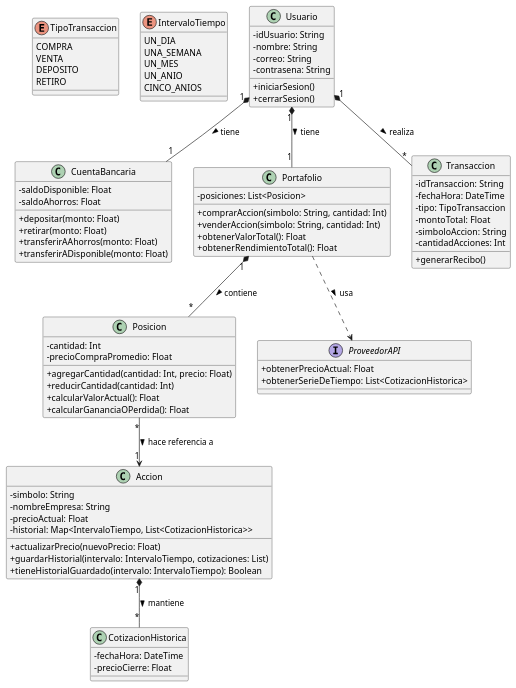
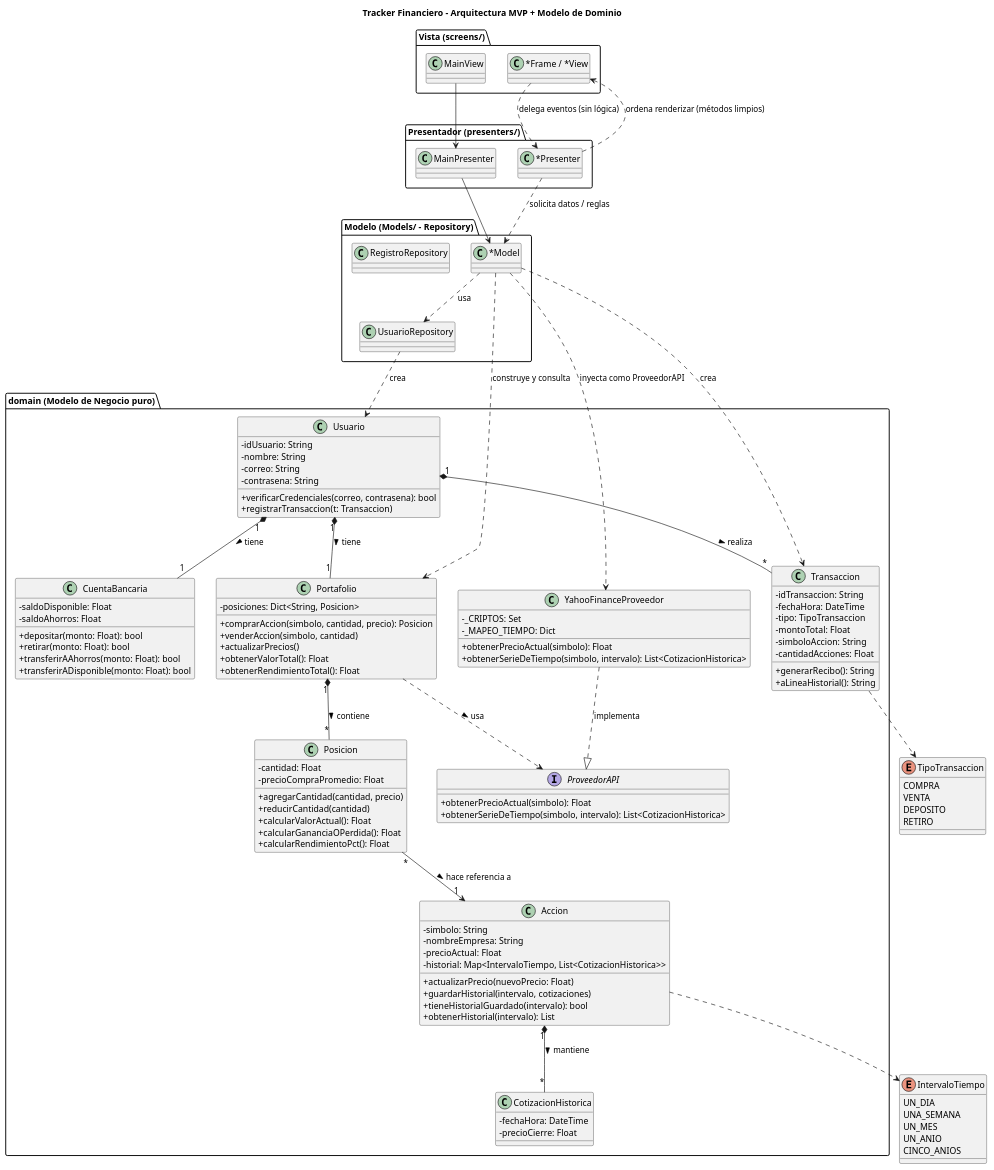
One commit to juliandavidpalacios/proyecto-programacion- changed the diagram in diagram.puml. Above: the diagram before and after it, drawn with PlantUML. The commit also changed 29 other files, not shown here.

First line of the commit message:
Modelo de dominio OO + MVP estricto

```diff
--- a/diagram.puml
+++ b/diagram.puml
@@ -1,94 +1,152 @@
 @startuml
 skinparam classAttributeIconSize 0
+title Tracker Financiero - Arquitectura MVP + Modelo de Dominio
 
+' =====================================================================
+'  ENUMERACIONES
+' =====================================================================
 enum TipoTransaccion {
   COMPRA
   VENTA
   DEPOSITO
   RETIRO
 }
 
 enum IntervaloTiempo {
   UN_DIA
   UNA_SEMANA
   UN_MES
   UN_ANIO
   CINCO_ANIOS
 }
 
-class Usuario {
-  -idUsuario: String
-  -nombre: String
-  -correo: String
-  -contrasena: String
-  +iniciarSesion()
-  +cerrarSesion()
+' =====================================================================
+'  DOMINIO (paquete domain/) - objetos de negocio puros
+' =====================================================================
+package "domain (Modelo de Negocio puro)" {
+
+  class Usuario {
+    -idUsuario: String
+    -nombre: String
+    -correo: String
+    -contrasena: String
+    +verificarCredenciales(correo, contrasena): bool
+    +registrarTransaccion(t: Transaccion)
+  }
+
+  class CuentaBancaria {
+    -saldoDisponible: Float
+    -saldoAhorros: Float
+    +depositar(monto: Float): bool
+    +retirar(monto: Float): bool
+    +transferirAAhorros(monto: Float): bool
+    +transferirADisponible(monto: Float): bool
+  }
+
+  class Portafolio {
+    -posiciones: Dict<String, Posicion>
+    +comprarAccion(simbolo, cantidad, precio): Posicion
+    +venderAccion(simbolo, cantidad)
+    +actualizarPrecios()
+    +obtenerValorTotal(): Float
+    +obtenerRendimientoTotal(): Float
+  }
+
+  class Transaccion {
+    -idTransaccion: String
+    -fechaHora: DateTime
+    -tipo: TipoTransaccion
+    -montoTotal: Float
+    -simboloAccion: String
+    -cantidadAcciones: Float
+    +generarRecibo(): String
+    +aLineaHistorial(): String
+  }
+
+  class Posicion {
+    -cantidad: Float
+    -precioCompraPromedio: Float
+    +agregarCantidad(cantidad, precio)
+    +reducirCantidad(cantidad)
+    +calcularValorActual(): Float
+    +calcularGananciaOPerdida(): Float
+    +calcularRendimientoPct(): Float
+  }
+
+  interface ProveedorAPI {
+    +obtenerPrecioActual(simbolo): Float
+    +obtenerSerieDeTiempo(simbolo, intervalo): List<CotizacionHistorica>
+  }
+
+  class YahooFinanceProveedor {
+    -_CRIPTOS: Set
+    -_MAPEO_TIEMPO: Dict
+    +obtenerPrecioActual(simbolo): Float
+    +obtenerSerieDeTiempo(simbolo, intervalo): List<CotizacionHistorica>
+  }
+
+  class Accion {
+    -simbolo: String
+    -nombreEmpresa: String
+    -precioActual: Float
+    -historial: Map<IntervaloTiempo, List<CotizacionHistorica>>
+    +actualizarPrecio(nuevoPrecio: Float)
+    +guardarHistorial(intervalo, cotizaciones)
+    +tieneHistorialGuardado(intervalo): bool
+    +obtenerHistorial(intervalo): List
+  }
+
+  class CotizacionHistorica {
+    -fechaHora: DateTime
+    -precioCierre: Float
+  }
 }
 
-class CuentaBancaria {
-  -saldoDisponible: Float
-  -saldoAhorros: Float
-  +depositar(monto: Float)
-  +retirar(monto: Float)
-  +transferirAAhorros(monto: Float)
-  +transferirADisponible(monto: Float)
-}
-
-class Portafolio {
-  -posiciones: List<Posicion>
-  +comprarAccion(simbolo: String, cantidad: Int)
-  +venderAccion(simbolo: String, cantidad: Int)
-  +obtenerValorTotal(): Float
-  +obtenerRendimientoTotal(): Float
-}
-
-class Transaccion {
-  -idTransaccion: String
-  -fechaHora: DateTime
-  -tipo: TipoTransaccion
-  -montoTotal: Float
-  -simboloAccion: String
-  -cantidadAcciones: Int
-  +generarRecibo()
-}
-
-class Posicion {
-  -cantidad: Int
-  -precioCompraPromedio: Float
-  +agregarCantidad(cantidad: Int, precio: Float)
-  +reducirCantidad(cantidad: Int)
-  +calcularValorActual(): Float
-  +calcularGananciaOPerdida(): Float
-}
-
-interface ProveedorAPI {
-  +obtenerPrecioActual: Float
-  +obtenerSerieDeTiempo: List<CotizacionHistorica>
-}
-
-class Accion {
-  -simbolo: String
-  -nombreEmpresa: String
-  -precioActual: Float
-  -historial: Map<IntervaloTiempo, List<CotizacionHistorica>>
-  +actualizarPrecio(nuevoPrecio: Float)
-  +guardarHistorial(intervalo: IntervaloTiempo, cotizaciones: List)
-  +tieneHistorialGuardado(intervalo: IntervaloTiempo): Boolean
-}
-
-class CotizacionHistorica {
-  -fechaHora: DateTime
-  -precioCierre: Float
-}
-
+' --- Relaciones del dominio ---
 Usuario "1" *-- "1" CuentaBancaria : tiene >
 Usuario "1" *-- "1" Portafolio : tiene >
 Usuario "1" *-- "*" Transaccion : realiza >
 
 Portafolio "1" *-- "*" Posicion : contiene >
 Portafolio ..> ProveedorAPI : usa >
 
 Posicion "*" --> "1" Accion : hace referencia a >
 Accion "1" *-- "*" CotizacionHistorica : mantiene >
 
+YahooFinanceProveedor ..|> ProveedorAPI : implementa
+Transaccion ..> TipoTransaccion
+Accion ..> IntervaloTiempo
+
+' =====================================================================
+'  ARQUITECTURA MVP (cómo se usa el dominio)
+' =====================================================================
+package "Vista (screens/)" {
+  class MainView
+  class "*Frame / *View" as VistasHijas
+}
+
+package "Presentador (presenters/)" {
+  class MainPresenter
+  class "*Presenter" as Presentadores
+}
+
+package "Modelo (Models/ - Repository)" {
+  class "*Model" as Modelos
+  class UsuarioRepository
+  class RegistroRepository
+}
+
+' --- Relaciones MVP ---
+VistasHijas ..> Presentadores : delega eventos (sin lógica)
+Presentadores ..> VistasHijas : ordena renderizar (métodos limpios)
+Presentadores ..> Modelos : solicita datos / reglas
+Modelos ..> UsuarioRepository : usa
+UsuarioRepository ..> Usuario : crea
+Modelos ..> Portafolio : construye y consulta
+Modelos ..> Transaccion : crea
+Modelos ..> YahooFinanceProveedor : inyecta como ProveedorAPI
+
+MainView --> MainPresenter
+MainPresenter --> Modelos
+
 @enduml
```
